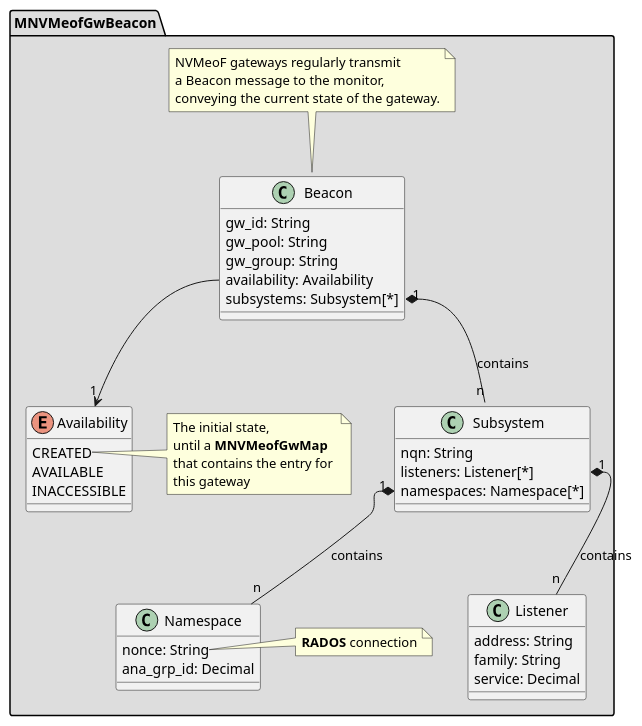
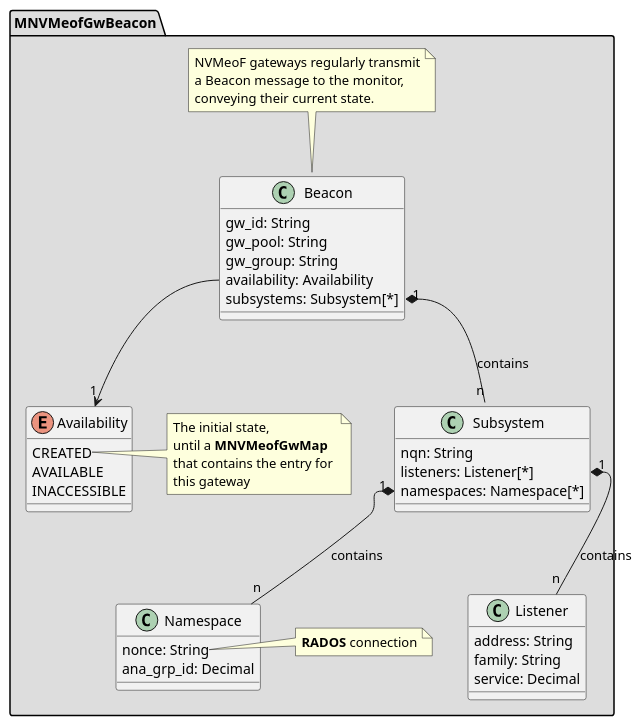
Before and after one commit to scantist-ossops-m2/ceph-ci: the diagram in doc/nvmeof/beacon.puml, drawn with PlantUML. The commit also changed 1 other file, not shown here.

```diff
--- a/doc/nvmeof/beacon.puml
+++ b/doc/nvmeof/beacon.puml
@@ -1,60 +1,60 @@
 @startuml
 
 package "MNVMeofGwBeacon" #DDDDDD {
 
     class Beacon {
         gw_id: String
         gw_pool: String
         gw_group: String
         availability: Availability
         subsystems: Subsystem[*]
     }
 
     note top
         NVMeoF gateways regularly transmit
         a Beacon message to the monitor,
-        conveying the current state of the gateway.
+        conveying their current state.
     end note
 
     class Subsystem {
         nqn: String
         listeners: Listener[*]
         namespaces: Namespace[*]
     }
 
     class Listener {
         address: String
         family: String
         service: Decimal
         
     }
 
     class Namespace {
         nonce: String
         ana_grp_id: Decimal
     }
 
     note right of Namespace::nonce
         <b>RADOS</b> connection
     end note
 
     enum Availability {
         CREATED
         AVAILABLE
         INACCESSIBLE
     }
 
     note right of Availability::CREATED
         The initial state, 
         until a <b>MNVMeofGwMap</b>
         that contains the entry for 
         this gateway
     end note
 
     Beacon::availability --> "1" Availability
     Beacon::subsystems "1" *-- "n" Subsystem : contains
 
     Subsystem::listeners "1" *-- "n" Listener : contains
     Subsystem::namespaces "1" *-- "n" Namespace : contains
 }
 @enduml
```
